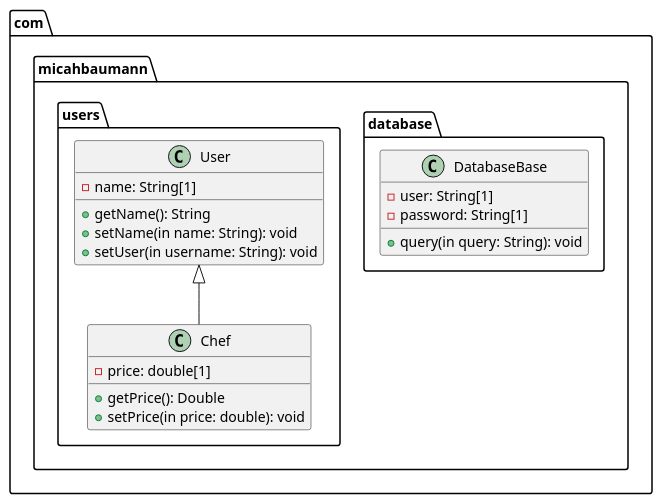
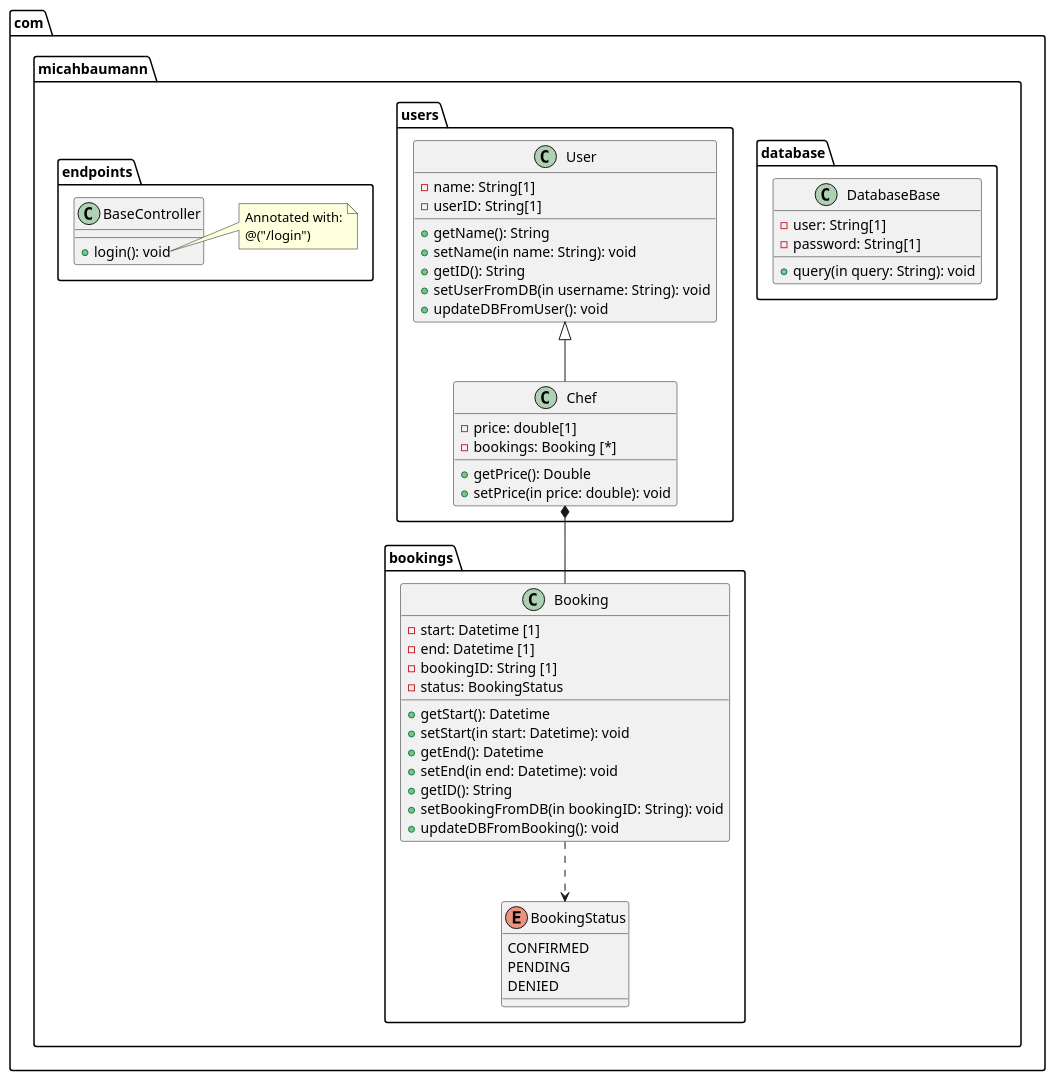
Before and after one commit to micahbaumann/CS-5800-Project-Micah-UML: the diagram in ClassUML.puml, drawn with PlantUML.

```diff
--- a/ClassUML.puml
+++ b/ClassUML.puml
@@ -1,34 +1,74 @@
 @startuml
 'https://plantuml.com/class-diagram
 
 package com.micahbaumann {
     package database {
         class DatabaseBase {
             - user: String[1]
             - password: String[1]
 
             + query(in query: String): void
         }
     }
 
     package users {
         class User {
             - name: String[1]
+            - userID: String[1]
 
             + getName(): String
             + setName(in name: String): void
-            + setUser(in username: String): void
+            + getID(): String
+            + setUserFromDB(in username: String): void
+            + updateDBFromUser(): void
         }
 
         class Chef {
             - price: double[1]
+            - bookings: Booking [*]
 
             + getPrice(): Double
             + setPrice(in price: double): void
         }
 
         User <|-- Chef
     }
+
+    package bookings {
+        enum BookingStatus {
+            CONFIRMED
+            PENDING
+            DENIED
+        }
+
+        class Booking {
+            - start: Datetime [1]
+            - end: Datetime [1]
+            - bookingID: String [1]
+            - status: BookingStatus
+
+            + getStart(): Datetime
+            + setStart(in start: Datetime): void
+            + getEnd(): Datetime
+            + setEnd(in end: Datetime): void
+            + getID(): String
+            + setBookingFromDB(in bookingID: String): void
+            + updateDBFromBooking(): void
+        }
+
+        Booking ..> BookingStatus
+    }
+    Chef *-- Booking
+
+    package endpoints {
+        class BaseController {
+            + login(): void
+        }
+        note right of BaseController::login
+          Annotated with:
+          @("/login")
+        end note
+    }
 }
 
 @enduml
```
